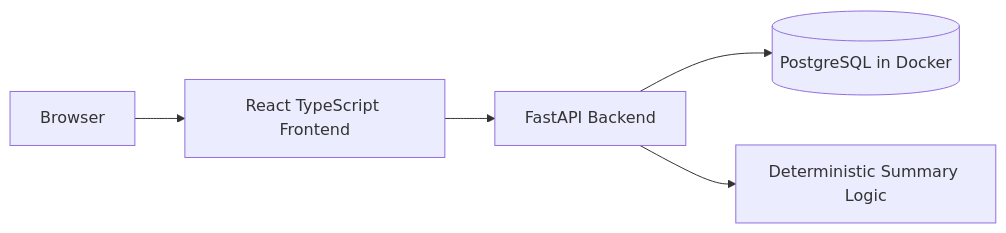
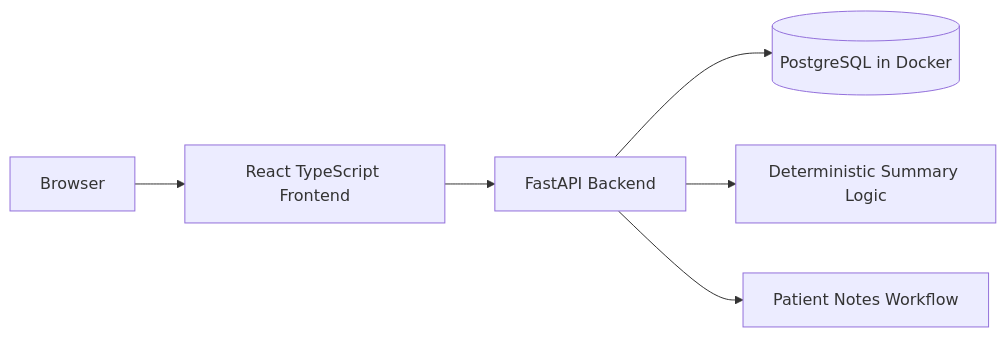
Before and after one commit to ngavelek/ascertain-healthcare-dashboard: the diagram in README.md, drawn with Mermaid. The commit also changed other lines of this file and 1 other file, not shown here.

Commit message:
docs: add verification workflow to README

````diff
--- a/README.md
+++ b/README.md
@@ -87,7 +159,8 @@
 ```mermaid
 flowchart LR
   Browser[Browser] --> Web[React TypeScript Frontend]
   Web --> API[FastAPI Backend]
   API --> DB[(PostgreSQL in Docker)]
   API --> Summary[Deterministic Summary Logic]
+  API --> Notes[Patient Notes Workflow]
 ```
````
